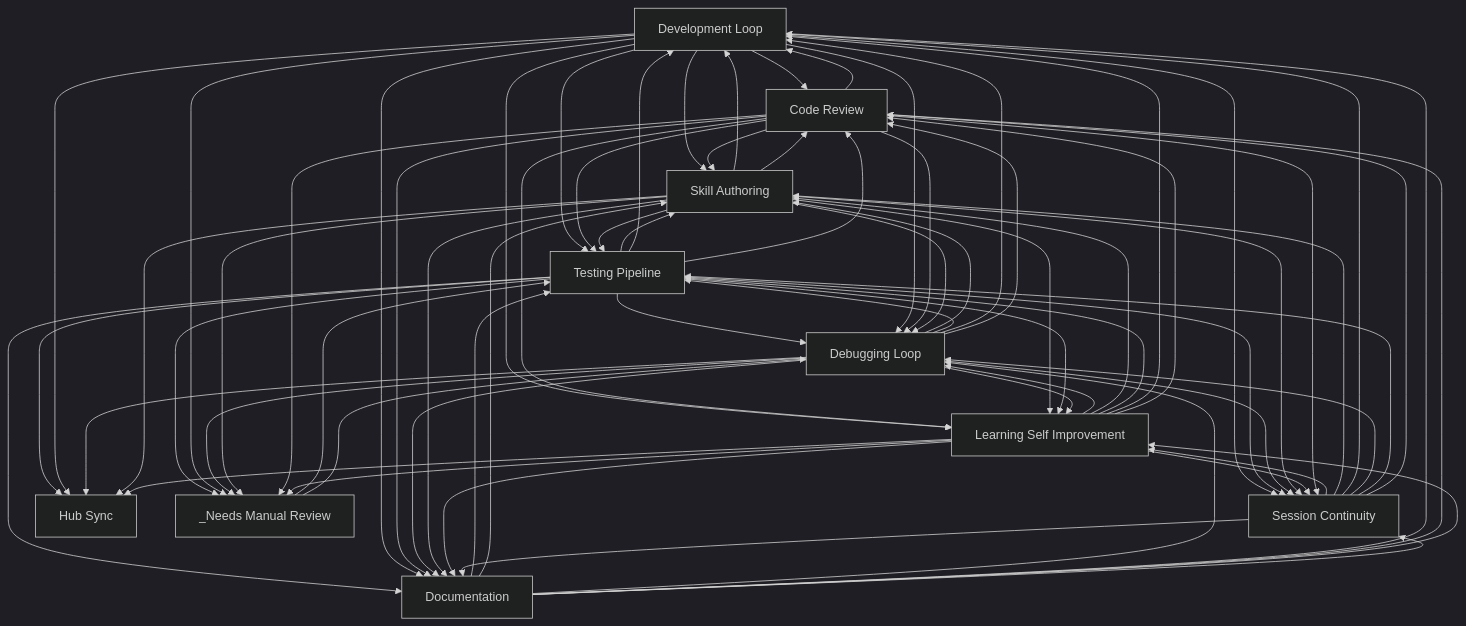
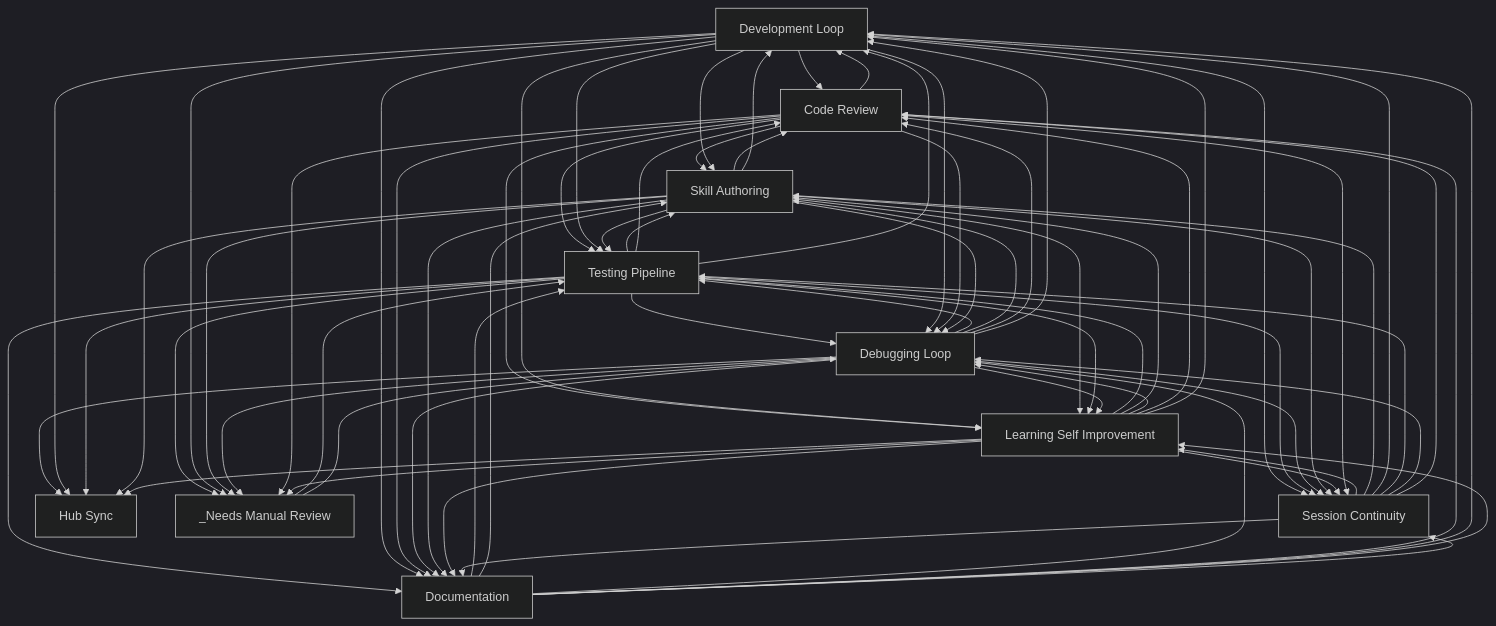
The diagram in docs/workflows/INDEX.md (abhayla/claude-best-practices), drawn with Mermaid (dark theme) before and after one commit. The commit also changed other lines of this file and 153 other files, not shown here.

````diff
--- a/docs/workflows/INDEX.md
+++ b/docs/workflows/INDEX.md
@@ -22,82 +22,82 @@
 ```mermaid
 graph TD
     development_loop[Development Loop]
     testing_pipeline[Testing Pipeline]
     debugging_loop[Debugging Loop]
     learning_self_improvement[Learning Self Improvement]
     session_continuity[Session Continuity]
     skill_authoring[Skill Authoring]
     code_review[Code Review]
     documentation[Documentation]
     hub_sync[Hub Sync]
     _needs_manual_review[_Needs Manual Review]
     documentation --> testing_pipeline
     documentation --> skill_authoring
+    code_review --> skill_authoring
+    code_review --> development_loop
     development_loop --> code_review
     development_loop --> skill_authoring
-    code_review --> development_loop
-    code_review --> skill_authoring
+    code_review --> learning_self_improvement
+    code_review --> testing_pipeline
     development_loop --> learning_self_improvement
     development_loop --> testing_pipeline
-    code_review --> learning_self_improvement
-    code_review --> testing_pipeline
     testing_pipeline --> skill_authoring
     skill_authoring --> testing_pipeline
     testing_pipeline --> debugging_loop
+    testing_pipeline --> code_review
     testing_pipeline --> development_loop
-    testing_pipeline --> code_review
     testing_pipeline --> documentation
+    debugging_loop --> testing_pipeline
     debugging_loop --> skill_authoring
-    debugging_loop --> testing_pipeline
+    debugging_loop --> code_review
     debugging_loop --> development_loop
-    debugging_loop --> code_review
     development_loop --> debugging_loop
     development_loop --> documentation
+    skill_authoring --> code_review
     skill_authoring --> development_loop
-    skill_authoring --> code_review
     skill_authoring --> learning_self_improvement
     testing_pipeline --> _needs_manual_review
     development_loop --> _needs_manual_review
     documentation --> debugging_loop
+    documentation --> code_review
     documentation --> development_loop
-    documentation --> code_review
     code_review --> debugging_loop
     code_review --> documentation
+    session_continuity --> learning_self_improvement
     development_loop --> session_continuity
-    session_continuity --> learning_self_improvement
     _needs_manual_review --> testing_pipeline
     testing_pipeline --> learning_self_improvement
     testing_pipeline --> session_continuity
     debugging_loop --> learning_self_improvement
     debugging_loop --> session_continuity
     debugging_loop --> documentation
     documentation --> learning_self_improvement
     skill_authoring --> session_continuity
     skill_authoring --> debugging_loop
     _needs_manual_review --> debugging_loop
+    learning_self_improvement --> testing_pipeline
+    learning_self_improvement --> skill_authoring
     learning_self_improvement --> debugging_loop
-    learning_self_improvement --> skill_authoring
-    learning_self_improvement --> testing_pipeline
+    learning_self_improvement --> code_review
     learning_self_improvement --> development_loop
-    learning_self_improvement --> code_review
+    debugging_loop --> hub_sync
+    development_loop --> hub_sync
+    skill_authoring --> _needs_manual_review
     debugging_loop --> _needs_manual_review
-    skill_authoring --> _needs_manual_review
     code_review --> _needs_manual_review
     skill_authoring --> documentation
     learning_self_improvement --> session_continuity
     code_review --> session_continuity
     session_continuity --> skill_authoring
     learning_self_improvement --> documentation
     session_continuity --> development_loop
+    session_continuity --> testing_pipeline
     session_continuity --> debugging_loop
-    session_continuity --> testing_pipeline
     session_continuity --> documentation
     session_continuity --> code_review
     testing_pipeline --> hub_sync
-    development_loop --> hub_sync
-    debugging_loop --> hub_sync
     skill_authoring --> hub_sync
     learning_self_improvement --> hub_sync
     learning_self_improvement --> _needs_manual_review
     documentation --> session_continuity
 ```
````
